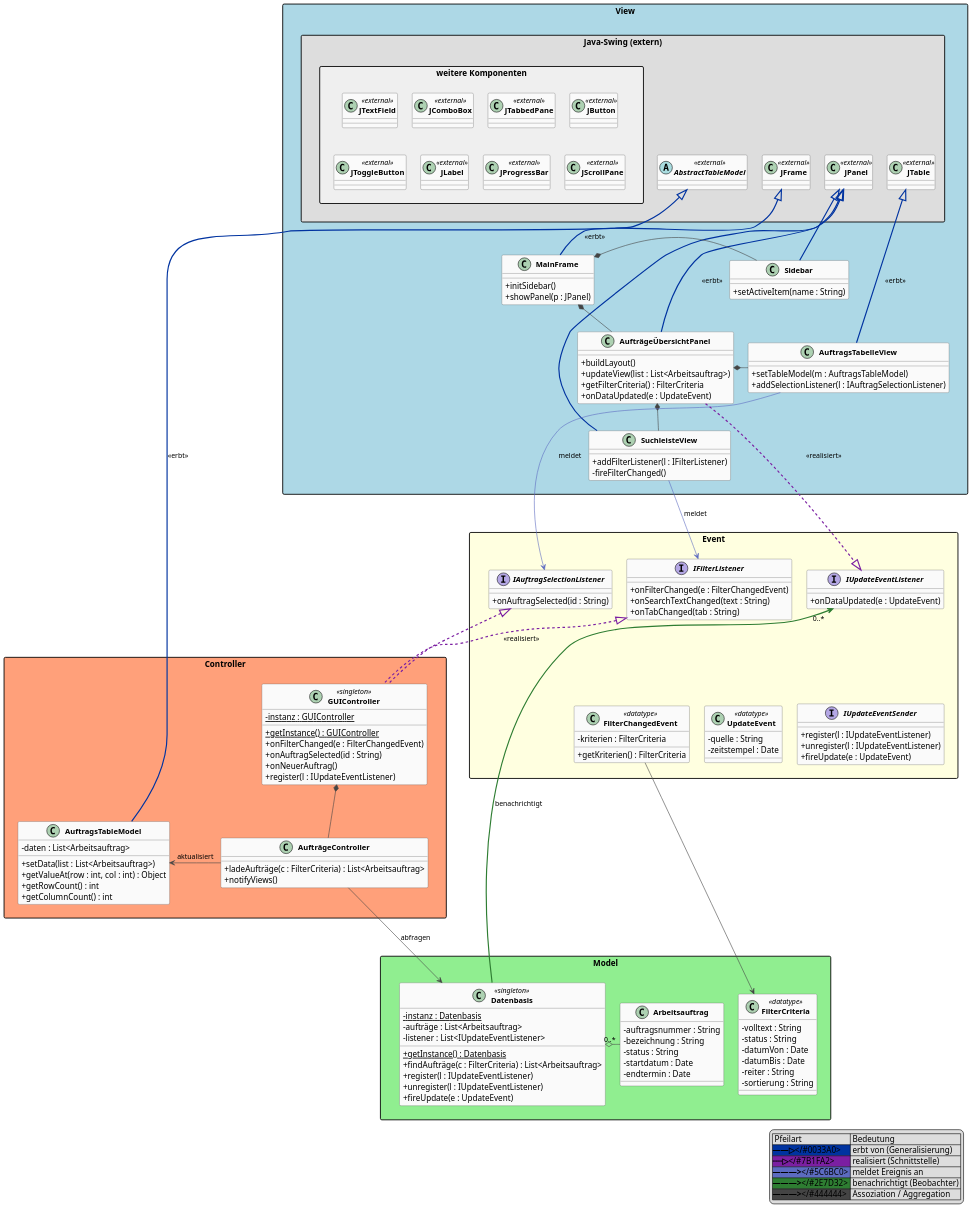
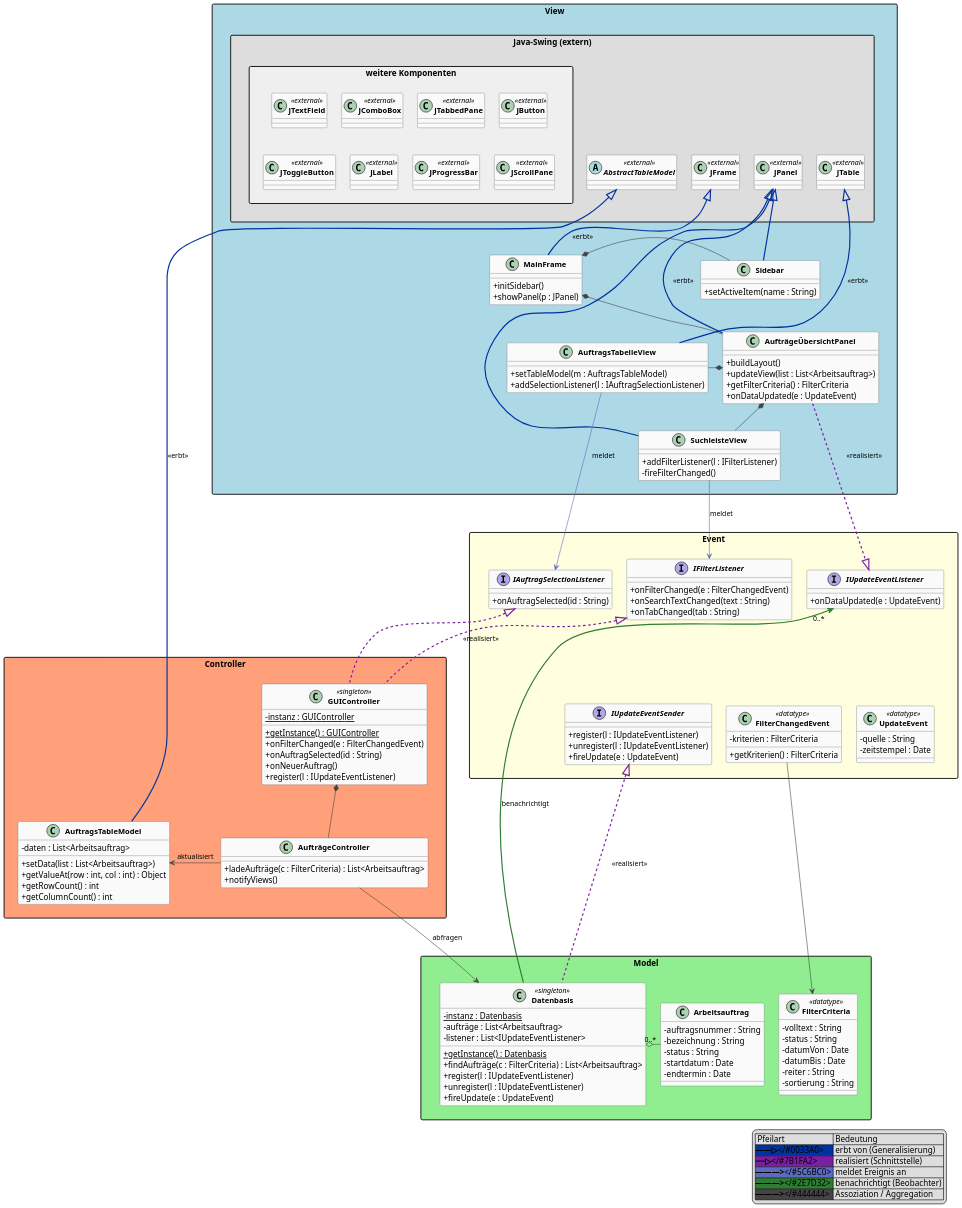
One commit to DaniPolishchuk/SWEProjekt changed the diagram in assets/MVC/Kommunikationsschema_Auftraege.puml. Above: the diagram before and after it, drawn with PlantUML. The commit also changed 16 other files, not shown here.

First line of the commit message:
Diagramme und Text nachziehen: Konsistenz-Review-Fixes

```diff
--- a/assets/MVC/Kommunikationsschema_Auftraege.puml
+++ b/assets/MVC/Kommunikationsschema_Auftraege.puml
@@ -227,6 +227,9 @@
 ' View realisiert UpdateEventListener (lila, gestrichelt)
 AufträgeÜbersichtPanel .down[#7B1FA2,thickness=2].|> IUpdateEventListener : <<realisiert>>
 
+' Datenbasis realisiert die Sender-Schnittstelle (lila, gestrichelt)
+Datenbasis .up[#7B1FA2,thickness=2].|> IUpdateEventSender : <<realisiert>>
+
 ' AbstractTableModel-Vererbung (blau, dick)
 AuftragsTableModel -up[#0033A0,thickness=2]-|> AbstractTableModel : <<erbt>>
 
```
